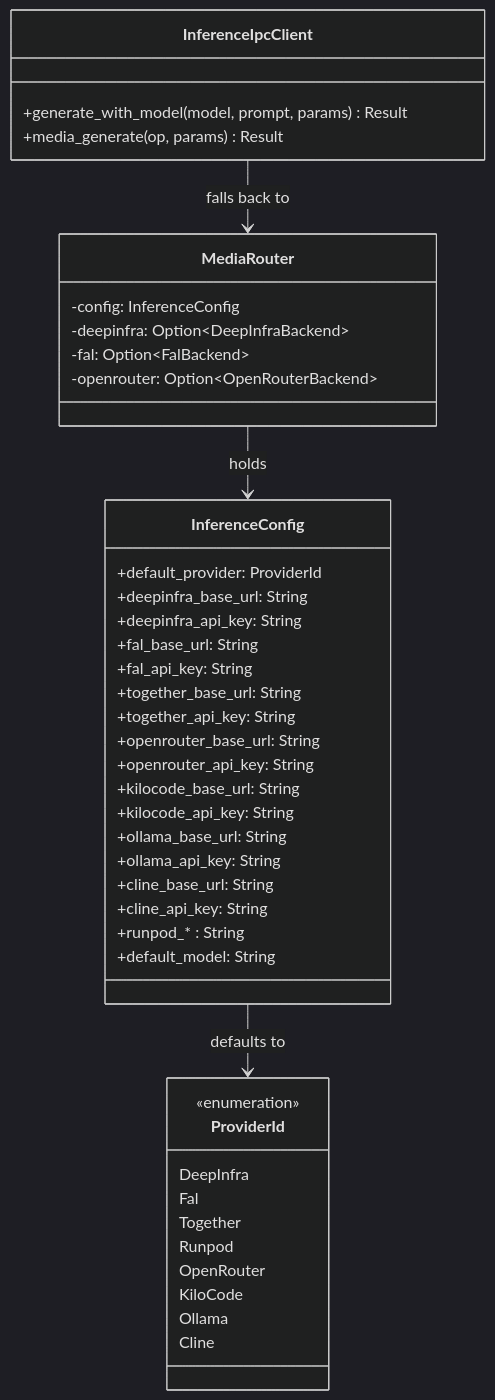
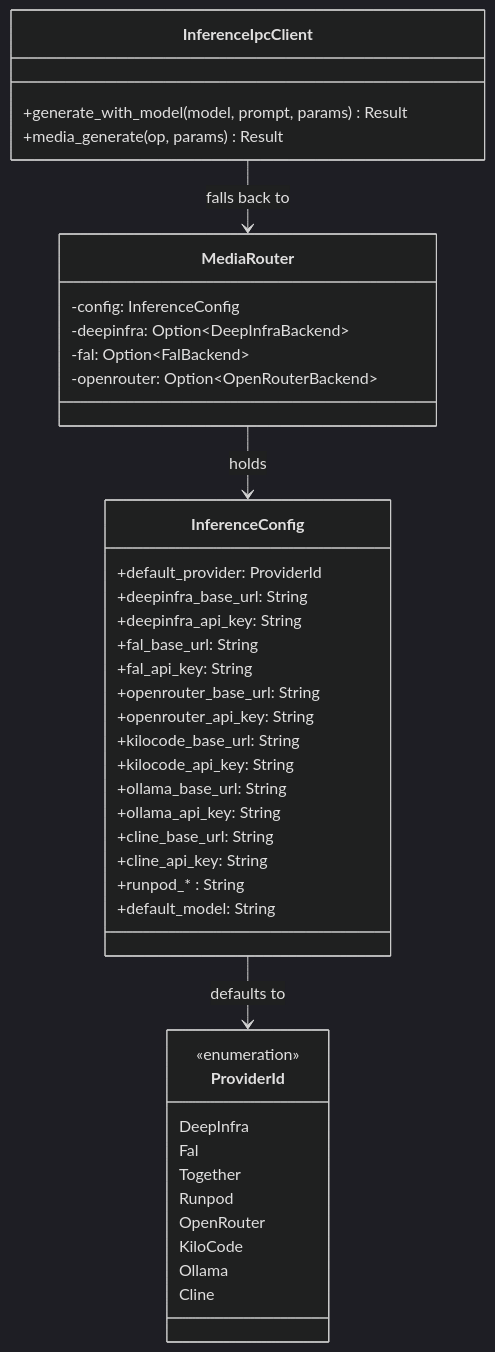
Before and after one commit to mdz-axo/zed-kask: the diagram in kask/docs/diataxis/hkask-inference/reference.md, drawn with Mermaid (dark theme). The commit also changed 7 other files, not shown here.

````diff
--- a/kask/docs/diataxis/hkask-inference/reference.md
+++ b/kask/docs/diataxis/hkask-inference/reference.md
@@ -49,47 +49,45 @@
 ```mermaid
 classDiagram
     class ProviderId {
         <<enumeration>>
         DeepInfra
         Fal
         Together
         Runpod
         OpenRouter
         KiloCode
         Ollama
         Cline
     }
     class InferenceConfig {
         +default_provider: ProviderId
         +deepinfra_base_url: String
         +deepinfra_api_key: String
         +fal_base_url: String
         +fal_api_key: String
-        +together_base_url: String
-        +together_api_key: String
         +openrouter_base_url: String
         +openrouter_api_key: String
         +kilocode_base_url: String
         +kilocode_api_key: String
         +ollama_base_url: String
         +ollama_api_key: String
         +cline_base_url: String
         +cline_api_key: String
         +runpod_* : String
         +default_model: String
     }
     class MediaRouter {
         -config: InferenceConfig
         -deepinfra: Option~DeepInfraBackend~
         -fal: Option~FalBackend~
         -openrouter: Option~OpenRouterBackend~
     }
     class InferenceIpcClient {
         +generate_with_model(model, prompt, params) Result
         +media_generate(op, params) Result
     }
 
     MediaRouter --> InferenceConfig : holds
     InferenceIpcClient --> MediaRouter : falls back to
     InferenceConfig --> ProviderId : defaults to
 ```
````
